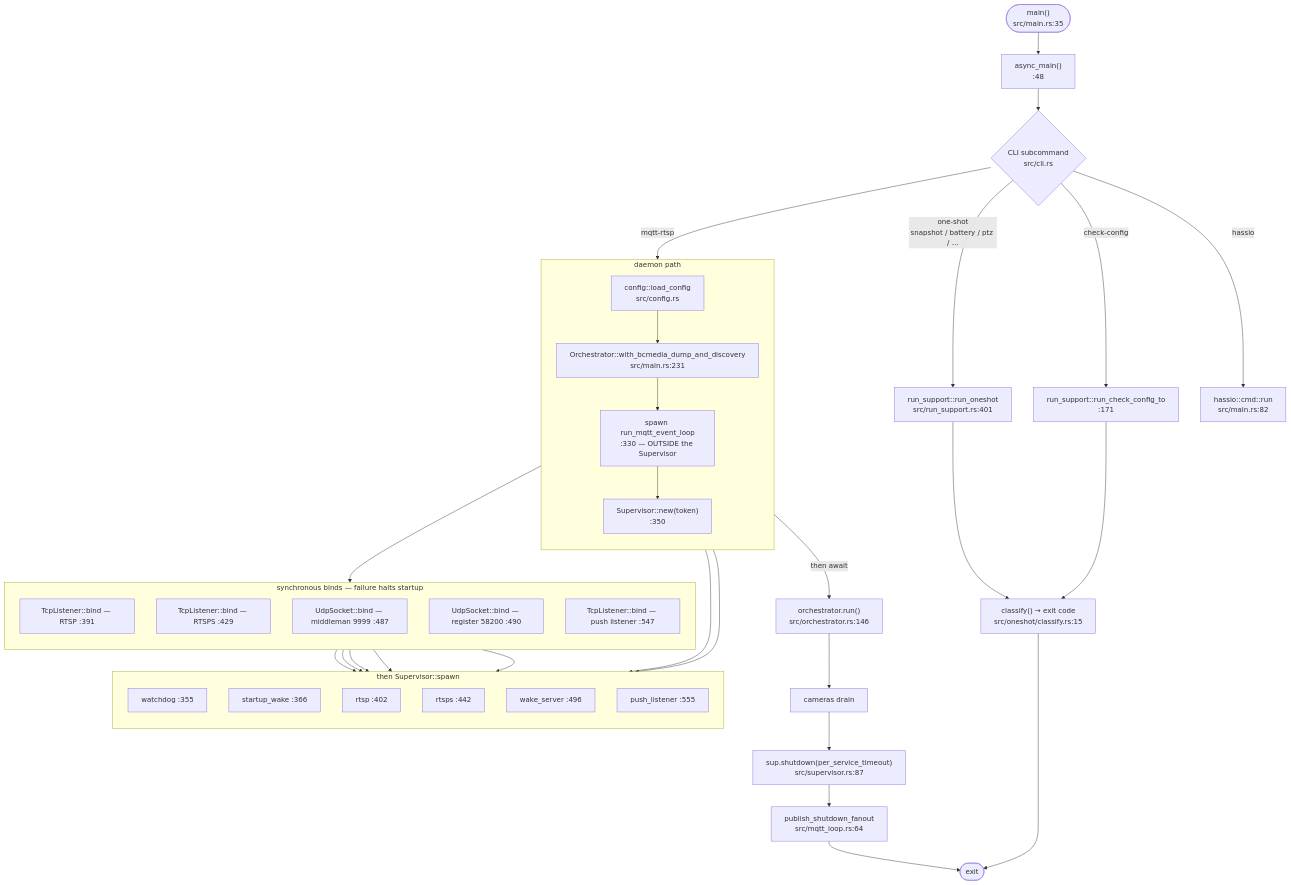
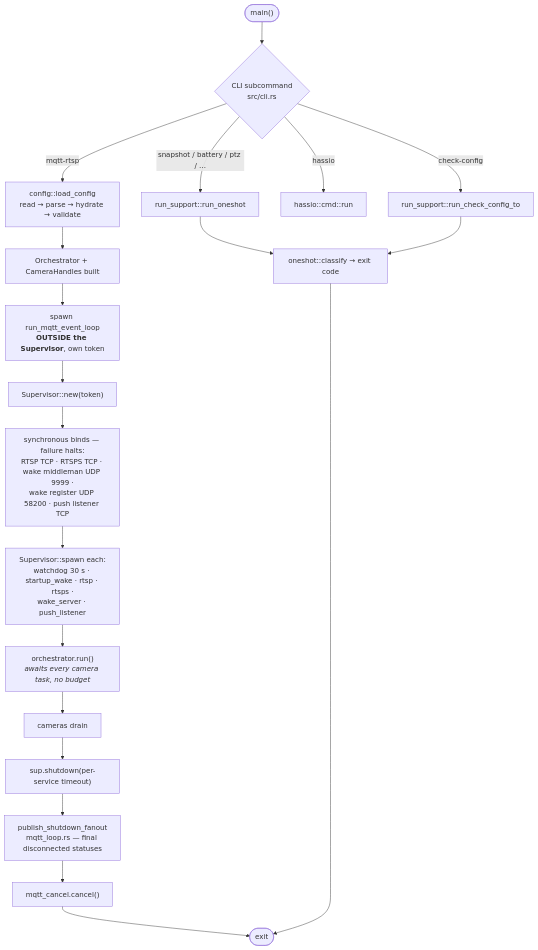
The second of 14 diagrams in docs/code-paths.md (hsoj/bairelay), drawn with Mermaid before and after one commit. The commit also changed other lines of this file and 7 other files, not shown here.

````diff
--- a/docs/code-paths.md
+++ b/docs/code-paths.md
@@ -83,62 +64,27 @@
 ```mermaid
 flowchart TD
-    START(["main()<br/>src/main.rs:35"]) --> ASYNC["async_main()<br/>:48"]
-    ASYNC --> MODE{"CLI subcommand<br/>src/cli.rs"}
+    START(["main()"]) --> MODE{"CLI subcommand<br/>src/cli.rs"}
 
-    ONESHOT["run_support::run_oneshot<br/>src/run_support.rs:401"]
-    CHECK["run_support::run_check_config_to<br/>:171"]
-    HASS["hassio::cmd::run<br/>src/main.rs:82"]
+    MODE -->|"snapshot / battery / ptz / …"| ONESHOT["run_support::run_oneshot"]
+    MODE -->|"check-config"| CHECK["run_support::run_check_config_to"]
+    MODE -->|"hassio"| HASS["hassio::cmd::run"]
+    MODE -->|"mqtt-rtsp"| CFG["config::load_config<br/>read → parse → hydrate → validate"]
 
-    subgraph DAEMON ["daemon path"]
-        direction TB
-        CFG["config::load_config<br/>src/config.rs"]
-        ORCH["Orchestrator::with_bcmedia_dump_and_discovery<br/>src/main.rs:231"]
-        MQTTLOOP["spawn run_mqtt_event_loop<br/>:330 — OUTSIDE the Supervisor"]
-        SUP["Supervisor::new(token)<br/>:350"]
+    CFG --> ORCH["Orchestrator + CameraHandles built"]
+    ORCH --> MQTTLOOP["spawn run_mqtt_event_loop<br/><b>OUTSIDE the Supervisor</b>, own token"]
+    MQTTLOOP --> SUP["Supervisor::new(token)"]
 
-        CFG --> ORCH --> MQTTLOOP --> SUP
-    end
+    SUP --> BINDS["synchronous binds — failure halts:<br/>RTSP TCP · RTSPS TCP · wake middleman UDP 9999 ·<br/>wake register UDP 58200 · push listener TCP"]
+    BINDS --> SVCS["Supervisor::spawn each:<br/>watchdog 30 s · startup_wake · rtsp · rtsps ·<br/>wake_server · push_listener"]
 
-    subgraph BINDS ["synchronous binds — failure halts startup"]
-        direction TB
-        B1["TcpListener::bind — RTSP :391"]
-        B2["TcpListener::bind — RTSPS :429"]
-        B3["UdpSocket::bind — middleman 9999 :487"]
-        B4["UdpSocket::bind — register 58200 :490"]
-        B5["TcpListener::bind — push listener :547"]
-    end
+    SVCS --> RUN["orchestrator.run()<br/><i>awaits every camera task, no budget</i>"]
+    RUN --> DRAIN["cameras drain"]
+    DRAIN --> SHUT["sup.shutdown(per-service timeout)"]
+    SHUT --> FANOUT["publish_shutdown_fanout<br/>mqtt_loop.rs — final disconnected statuses"]
+    FANOUT --> MCANCEL["mqtt_cancel.cancel()"]
+    MCANCEL --> EXIT(["exit"])
 
-    subgraph SVCS ["then Supervisor::spawn"]
-        direction TB
-        S1["watchdog :355"]
-        S2["startup_wake :366"]
-        S3["rtsp :402"]
-        S4["rtsps :442"]
-        S5["wake_server :496"]
-        S6["push_listener :555"]
-    end
-
-    MODE -->|"one-shot<br/>snapshot / battery / ptz / …"| ONESHOT
-    MODE -->|"check-config"| CHECK
-    MODE -->|"hassio"| HASS
-    MODE -->|"mqtt-rtsp"| CFG
-
-    SUP --> B1
-    B1 --> S3
-    B2 --> S4
-    B3 --> S5
-    B4 --> S5
-    B5 --> S6
-    SUP --> S1
-    SUP --> S2
-
-    SUP -->|"then await"| RUN["orchestrator.run()<br/>src/orchestrator.rs:146"]
-    RUN --> DRAIN["cameras drain"]
-    DRAIN --> SHUT["sup.shutdown(per_service_timeout)<br/>src/supervisor.rs:87"]
-    SHUT --> FINAL["publish_shutdown_fanout<br/>src/mqtt_loop.rs:64"]
-    FINAL --> EXIT(["exit"])
-
-    ONESHOT --> CODE["classify() → exit code<br/>src/oneshot/classify.rs:15"]
+    ONESHOT --> CODE["oneshot::classify → exit code"]
     CHECK --> CODE
     CODE --> EXIT
 ```
````
